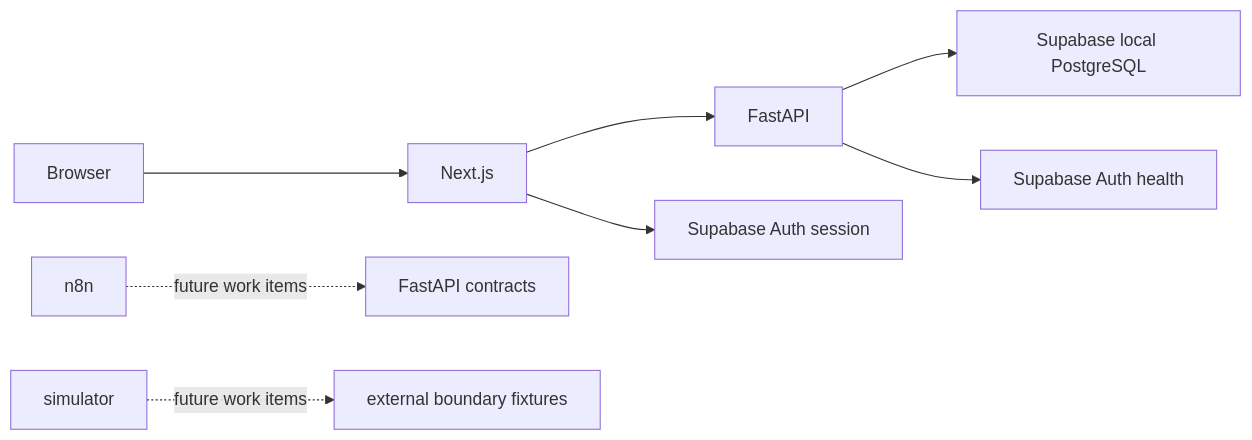
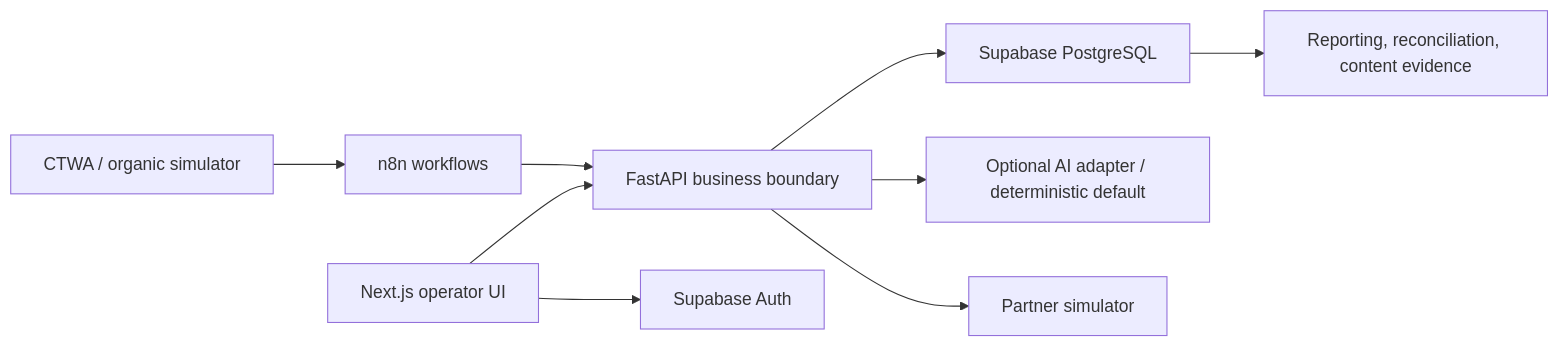
One commit to camiloandcu/Nueva-Ruta changed the diagram in README.md. Above: the diagram before and after it, drawn with Mermaid. The commit also changed other lines of this file and 154 other files, not shown here.

````diff
--- a/README.md
+++ b/README.md
@@ -7,10 +7,11 @@
 ```mermaid
 flowchart LR
-    browser[Browser] --> web[Next.js]
-    web --> api[FastAPI]
-    api --> db[Supabase local PostgreSQL]
-    web --> authSession[Supabase Auth session]
-    api --> authHealth[Supabase Auth health]
-    n8n[n8n] -. future work items .-> contracts[FastAPI contracts]
-    simulator[simulator] -. future work items .-> fixtures[external boundary fixtures]
+    source[CTWA / organic simulator] --> n8n[n8n workflows]
+    n8n --> api[FastAPI business boundary]
+    web[Next.js operator UI] --> api
+    web --> auth[Supabase Auth]
+    api --> db[Supabase PostgreSQL]
+    api --> ai[Optional AI adapter / deterministic default]
+    api --> partner[Partner simulator]
+    db --> reports[Reporting, reconciliation, content evidence]
 ```
````
